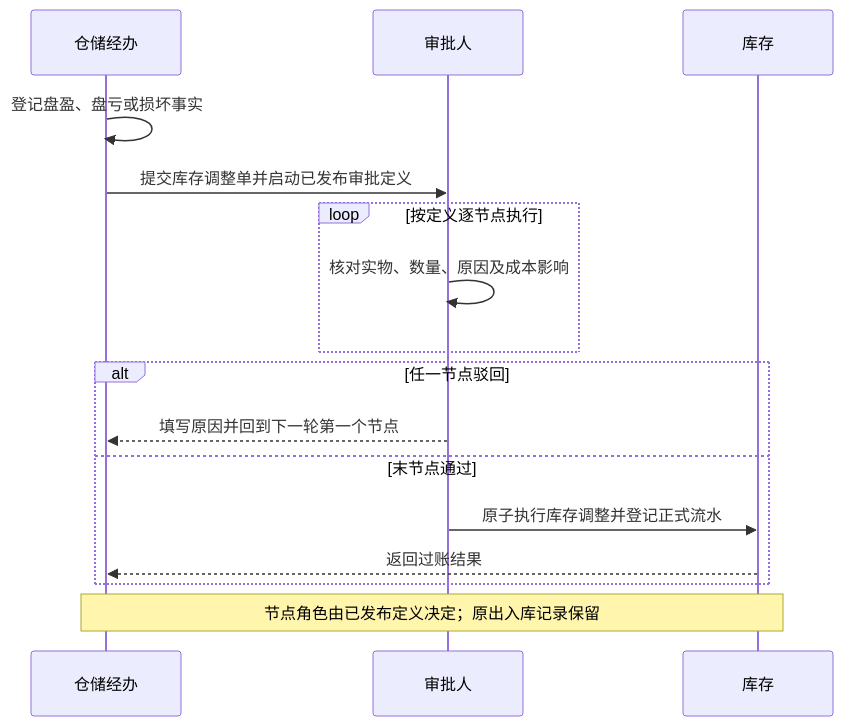
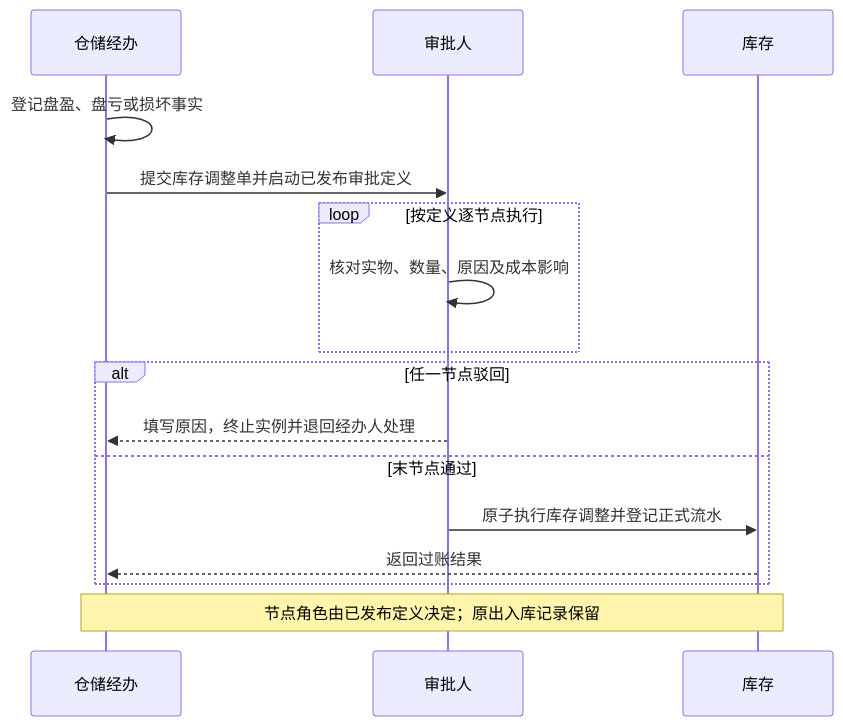
One commit to mztlive/erp changed the sixth of 11 diagrams in docs/erp-phase-1.md. Above: the diagram before and after it, drawn with Mermaid. The commit also changed other lines of this file and 329 other files, not shown here.

````diff
--- a/docs/erp-phase-1.md
+++ b/docs/erp-phase-1.md
@@ -733,19 +733,19 @@
 ```mermaid
 sequenceDiagram
   participant 仓储经办
   participant 审批人
   participant 库存
 
   仓储经办->>仓储经办: 登记盘盈、盘亏或损坏事实
   仓储经办->>审批人: 提交库存调整单并启动已发布审批定义
   loop 按定义逐节点执行
     审批人->>审批人: 核对实物、数量、原因及成本影响
   end
   alt 任一节点驳回
-    审批人-->>仓储经办: 填写原因并回到下一轮第一个节点
+    审批人-->>仓储经办: 填写原因，终止实例并退回经办人处理
   else 末节点通过
     审批人->>库存: 原子执行库存调整并登记正式流水
     库存-->>仓储经办: 返回过账结果
   end
   Note over 仓储经办,库存: 节点角色由已发布定义决定；原出入库记录保留
 ```
````
